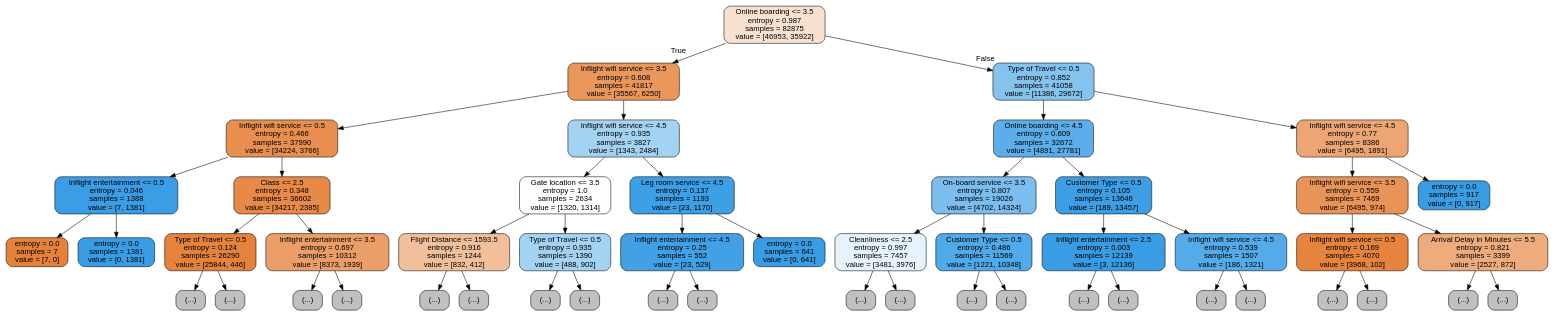
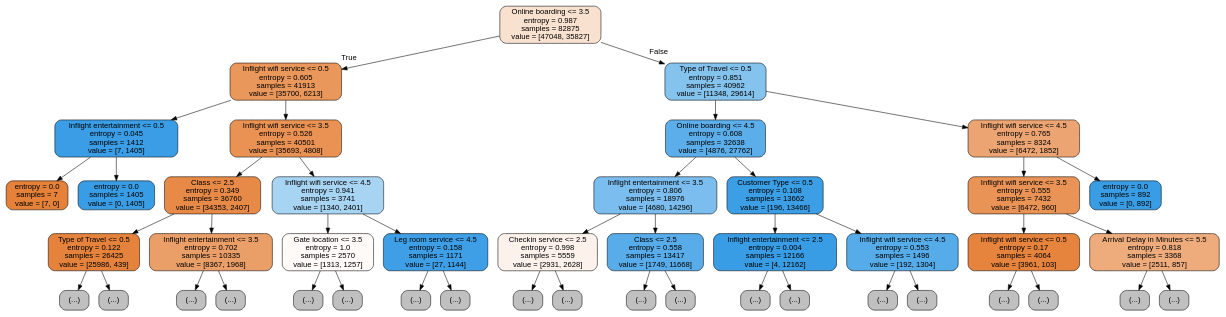
The diagram in tree1.dot (DDBrogrammer/MLA-final), drawn with Graphviz before and after one commit. The commit also changed 12 other files, not shown here.

```diff
--- a/tree1.dot
+++ b/tree1.dot
@@ -1,105 +1,93 @@
 digraph Tree {
 node [shape=box, style="filled, rounded", color="black", fontname="helvetica"] ;
 edge [fontname="helvetica"] ;
-0 [label="Online boarding <= 3.5\nentropy = 0.987\nsamples = 82875\nvalue = [46953, 35922]", fillcolor="#f9e1d0"] ;
-1 [label="Inflight wifi service <= 3.5\nentropy = 0.608\nsamples = 41817\nvalue = [35567, 6250]", fillcolor="#ea975c"] ;
+0 [label="Online boarding <= 3.5\nentropy = 0.987\nsamples = 82875\nvalue = [47048, 35827]", fillcolor="#f9e1d0"] ;
+1 [label="Inflight wifi service <= 0.5\nentropy = 0.605\nsamples = 41913\nvalue = [35700, 6213]", fillcolor="#ea975b"] ;
 0 -> 1 [labeldistance=2.5, labelangle=45, headlabel="True"] ;
-2 [label="Inflight wifi service <= 0.5\nentropy = 0.466\nsamples = 37990\nvalue = [34224, 3766]", fillcolor="#e88f4f"] ;
+2 [label="Inflight entertainment <= 0.5\nentropy = 0.045\nsamples = 1412\nvalue = [7, 1405]", fillcolor="#3a9de5"] ;
 1 -> 2 ;
-3 [label="Inflight entertainment <= 0.5\nentropy = 0.046\nsamples = 1388\nvalue = [7, 1381]", fillcolor="#3a9de5"] ;
+3 [label="entropy = 0.0\nsamples = 7\nvalue = [7, 0]", fillcolor="#e58139"] ;
 2 -> 3 ;
-4 [label="entropy = 0.0\nsamples = 7\nvalue = [7, 0]", fillcolor="#e58139"] ;
-3 -> 4 ;
-5 [label="entropy = 0.0\nsamples = 1381\nvalue = [0, 1381]", fillcolor="#399de5"] ;
-3 -> 5 ;
-6 [label="Class <= 2.5\nentropy = 0.348\nsamples = 36602\nvalue = [34217, 2385]", fillcolor="#e78a47"] ;
-2 -> 6 ;
-7 [label="Type of Travel <= 0.5\nentropy = 0.124\nsamples = 26290\nvalue = [25844, 446]", fillcolor="#e5833c"] ;
+4 [label="entropy = 0.0\nsamples = 1405\nvalue = [0, 1405]", fillcolor="#399de5"] ;
+2 -> 4 ;
+5 [label="Inflight wifi service <= 3.5\nentropy = 0.526\nsamples = 40501\nvalue = [35693, 4808]", fillcolor="#e99254"] ;
+1 -> 5 ;
+6 [label="Class <= 2.5\nentropy = 0.349\nsamples = 36760\nvalue = [34353, 2407]", fillcolor="#e78a47"] ;
+5 -> 6 ;
+7 [label="Type of Travel <= 0.5\nentropy = 0.122\nsamples = 26425\nvalue = [25986, 439]", fillcolor="#e5833c"] ;
 6 -> 7 ;
 8 [label="(...)", fillcolor="#C0C0C0"] ;
 7 -> 8 ;
-45 [label="(...)", fillcolor="#C0C0C0"] ;
-7 -> 45 ;
-46 [label="Inflight entertainment <= 3.5\nentropy = 0.697\nsamples = 10312\nvalue = [8373, 1939]", fillcolor="#eb9e67"] ;
-6 -> 46 ;
-47 [label="(...)", fillcolor="#C0C0C0"] ;
-46 -> 47 ;
-80 [label="(...)", fillcolor="#C0C0C0"] ;
-46 -> 80 ;
-107 [label="Inflight wifi service <= 4.5\nentropy = 0.935\nsamples = 3827\nvalue = [1343, 2484]", fillcolor="#a4d2f3"] ;
-1 -> 107 ;
-108 [label="Gate location <= 3.5\nentropy = 1.0\nsamples = 2634\nvalue = [1320, 1314]", fillcolor="#fffefe"] ;
-107 -> 108 ;
-109 [label="Flight Distance <= 1593.5\nentropy = 0.916\nsamples = 1244\nvalue = [832, 412]", fillcolor="#f2bf9b"] ;
-108 -> 109 ;
-110 [label="(...)", fillcolor="#C0C0C0"] ;
-109 -> 110 ;
-163 [label="(...)", fillcolor="#C0C0C0"] ;
-109 -> 163 ;
-192 [label="Type of Travel <= 0.5\nentropy = 0.935\nsamples = 1390\nvalue = [488, 902]", fillcolor="#a4d2f3"] ;
-108 -> 192 ;
-193 [label="(...)", fillcolor="#C0C0C0"] ;
-192 -> 193 ;
-236 [label="(...)", fillcolor="#C0C0C0"] ;
-192 -> 236 ;
-259 [label="Leg room service <= 4.5\nentropy = 0.137\nsamples = 1193\nvalue = [23, 1170]", fillcolor="#3d9fe6"] ;
-107 -> 259 ;
-260 [label="Inflight entertainment <= 4.5\nentropy = 0.25\nsamples = 552\nvalue = [23, 529]", fillcolor="#42a1e6"] ;
-259 -> 260 ;
-261 [label="(...)", fillcolor="#C0C0C0"] ;
-260 -> 261 ;
-270 [label="(...)", fillcolor="#C0C0C0"] ;
-260 -> 270 ;
-285 [label="entropy = 0.0\nsamples = 641\nvalue = [0, 641]", fillcolor="#399de5"] ;
-259 -> 285 ;
-286 [label="Type of Travel <= 0.5\nentropy = 0.852\nsamples = 41058\nvalue = [11386, 29672]", fillcolor="#85c3ef"] ;
-0 -> 286 [labeldistance=2.5, labelangle=-45, headlabel="False"] ;
-287 [label="Online boarding <= 4.5\nentropy = 0.609\nsamples = 32672\nvalue = [4891, 27781]", fillcolor="#5caeea"] ;
-286 -> 287 ;
-288 [label="On-board service <= 3.5\nentropy = 0.807\nsamples = 19026\nvalue = [4702, 14324]", fillcolor="#7abdee"] ;
-287 -> 288 ;
-289 [label="Cleanliness <= 2.5\nentropy = 0.997\nsamples = 7457\nvalue = [3481, 3976]", fillcolor="#e6f3fc"] ;
-288 -> 289 ;
-290 [label="(...)", fillcolor="#C0C0C0"] ;
-289 -> 290 ;
-331 [label="(...)", fillcolor="#C0C0C0"] ;
-289 -> 331 ;
-382 [label="Customer Type <= 0.5\nentropy = 0.486\nsamples = 11569\nvalue = [1221, 10348]", fillcolor="#50a9e8"] ;
-288 -> 382 ;
-383 [label="(...)", fillcolor="#C0C0C0"] ;
-382 -> 383 ;
-426 [label="(...)", fillcolor="#C0C0C0"] ;
-382 -> 426 ;
-461 [label="Customer Type <= 0.5\nentropy = 0.105\nsamples = 13646\nvalue = [189, 13457]", fillcolor="#3c9ee5"] ;
-287 -> 461 ;
-462 [label="Inflight entertainment <= 2.5\nentropy = 0.003\nsamples = 12139\nvalue = [3, 12136]", fillcolor="#399de5"] ;
-461 -> 462 ;
-463 [label="(...)", fillcolor="#C0C0C0"] ;
-462 -> 463 ;
-474 [label="(...)", fillcolor="#C0C0C0"] ;
-462 -> 474 ;
-475 [label="Inflight wifi service <= 4.5\nentropy = 0.539\nsamples = 1507\nvalue = [186, 1321]", fillcolor="#55abe9"] ;
-461 -> 475 ;
-476 [label="(...)", fillcolor="#C0C0C0"] ;
-475 -> 476 ;
-509 [label="(...)", fillcolor="#C0C0C0"] ;
-475 -> 509 ;
-510 [label="Inflight wifi service <= 4.5\nentropy = 0.77\nsamples = 8386\nvalue = [6495, 1891]", fillcolor="#eda673"] ;
-286 -> 510 ;
-511 [label="Inflight wifi service <= 3.5\nentropy = 0.559\nsamples = 7469\nvalue = [6495, 974]", fillcolor="#e99457"] ;
-510 -> 511 ;
-512 [label="Inflight wifi service <= 0.5\nentropy = 0.169\nsamples = 4070\nvalue = [3968, 102]", fillcolor="#e6843e"] ;
-511 -> 512 ;
-513 [label="(...)", fillcolor="#C0C0C0"] ;
-512 -> 513 ;
-514 [label="(...)", fillcolor="#C0C0C0"] ;
-512 -> 514 ;
-515 [label="Arrival Delay in Minutes <= 5.5\nentropy = 0.821\nsamples = 3399\nvalue = [2527, 872]", fillcolor="#eeac7d"] ;
-511 -> 515 ;
-516 [label="(...)", fillcolor="#C0C0C0"] ;
-515 -> 516 ;
-553 [label="(...)", fillcolor="#C0C0C0"] ;
-515 -> 553 ;
-584 [label="entropy = 0.0\nsamples = 917\nvalue = [0, 917]", fillcolor="#399de5"] ;
-510 -> 584 ;
+559 [label="(...)", fillcolor="#C0C0C0"] ;
+7 -> 559 ;
+560 [label="Inflight entertainment <= 3.5\nentropy = 0.702\nsamples = 10335\nvalue = [8367, 1968]", fillcolor="#eb9f68"] ;
+6 -> 560 ;
+561 [label="(...)", fillcolor="#C0C0C0"] ;
+560 -> 561 ;
+1020 [label="(...)", fillcolor="#C0C0C0"] ;
+560 -> 1020 ;
+1217 [label="Inflight wifi service <= 4.5\nentropy = 0.941\nsamples = 3741\nvalue = [1340, 2401]", fillcolor="#a8d4f4"] ;
+5 -> 1217 ;
+1218 [label="Gate location <= 3.5\nentropy = 1.0\nsamples = 2570\nvalue = [1313, 1257]", fillcolor="#fefaf7"] ;
+1217 -> 1218 ;
+1219 [label="(...)", fillcolor="#C0C0C0"] ;
+1218 -> 1219 ;
+1584 [label="(...)", fillcolor="#C0C0C0"] ;
+1218 -> 1584 ;
+1913 [label="Leg room service <= 4.5\nentropy = 0.158\nsamples = 1171\nvalue = [27, 1144]", fillcolor="#3e9fe6"] ;
+1217 -> 1913 ;
+1914 [label="(...)", fillcolor="#C0C0C0"] ;
+1913 -> 1914 ;
+1943 [label="(...)", fillcolor="#C0C0C0"] ;
+1913 -> 1943 ;
+1944 [label="Type of Travel <= 0.5\nentropy = 0.851\nsamples = 40962\nvalue = [11348, 29614]", fillcolor="#85c3ef"] ;
+0 -> 1944 [labeldistance=2.5, labelangle=-45, headlabel="False"] ;
+1945 [label="Online boarding <= 4.5\nentropy = 0.608\nsamples = 32638\nvalue = [4876, 27762]", fillcolor="#5caeea"] ;
+1944 -> 1945 ;
+1946 [label="Inflight entertainment <= 3.5\nentropy = 0.806\nsamples = 18976\nvalue = [4680, 14296]", fillcolor="#7abdee"] ;
+1945 -> 1946 ;
+1947 [label="Checkin service <= 2.5\nentropy = 0.998\nsamples = 5559\nvalue = [2931, 2628]", fillcolor="#fcf2eb"] ;
+1946 -> 1947 ;
+1948 [label="(...)", fillcolor="#C0C0C0"] ;
+1947 -> 1948 ;
+2225 [label="(...)", fillcolor="#C0C0C0"] ;
+1947 -> 2225 ;
+3014 [label="Class <= 2.5\nentropy = 0.558\nsamples = 13417\nvalue = [1749, 11668]", fillcolor="#57ace9"] ;
+1946 -> 3014 ;
+3015 [label="(...)", fillcolor="#C0C0C0"] ;
+3014 -> 3015 ;
+3768 [label="(...)", fillcolor="#C0C0C0"] ;
+3014 -> 3768 ;
+4233 [label="Customer Type <= 0.5\nentropy = 0.108\nsamples = 13662\nvalue = [196, 13466]", fillcolor="#3c9ee5"] ;
+1945 -> 4233 ;
+4234 [label="Inflight entertainment <= 2.5\nentropy = 0.004\nsamples = 12166\nvalue = [4, 12162]", fillcolor="#399de5"] ;
+4233 -> 4234 ;
+4235 [label="(...)", fillcolor="#C0C0C0"] ;
+4234 -> 4235 ;
+4254 [label="(...)", fillcolor="#C0C0C0"] ;
+4234 -> 4254 ;
+4255 [label="Inflight wifi service <= 4.5\nentropy = 0.553\nsamples = 1496\nvalue = [192, 1304]", fillcolor="#56abe9"] ;
+4233 -> 4255 ;
+4256 [label="(...)", fillcolor="#C0C0C0"] ;
+4255 -> 4256 ;
+4327 [label="(...)", fillcolor="#C0C0C0"] ;
+4255 -> 4327 ;
+4328 [label="Inflight wifi service <= 4.5\nentropy = 0.765\nsamples = 8324\nvalue = [6472, 1852]", fillcolor="#eca572"] ;
+1944 -> 4328 ;
+4329 [label="Inflight wifi service <= 3.5\nentropy = 0.555\nsamples = 7432\nvalue = [6472, 960]", fillcolor="#e99456"] ;
+4328 -> 4329 ;
+4330 [label="Inflight wifi service <= 0.5\nentropy = 0.17\nsamples = 4064\nvalue = [3961, 103]", fillcolor="#e6843e"] ;
+4329 -> 4330 ;
+4331 [label="(...)", fillcolor="#C0C0C0"] ;
+4330 -> 4331 ;
+4332 [label="(...)", fillcolor="#C0C0C0"] ;
+4330 -> 4332 ;
+4333 [label="Arrival Delay in Minutes <= 5.5\nentropy = 0.818\nsamples = 3368\nvalue = [2511, 857]", fillcolor="#eeac7d"] ;
+4329 -> 4333 ;
+4334 [label="(...)", fillcolor="#C0C0C0"] ;
+4333 -> 4334 ;
+5597 [label="(...)", fillcolor="#C0C0C0"] ;
+4333 -> 5597 ;
+5874 [label="entropy = 0.0\nsamples = 892\nvalue = [0, 892]", fillcolor="#399de5"] ;
+4328 -> 5874 ;
 }
```
